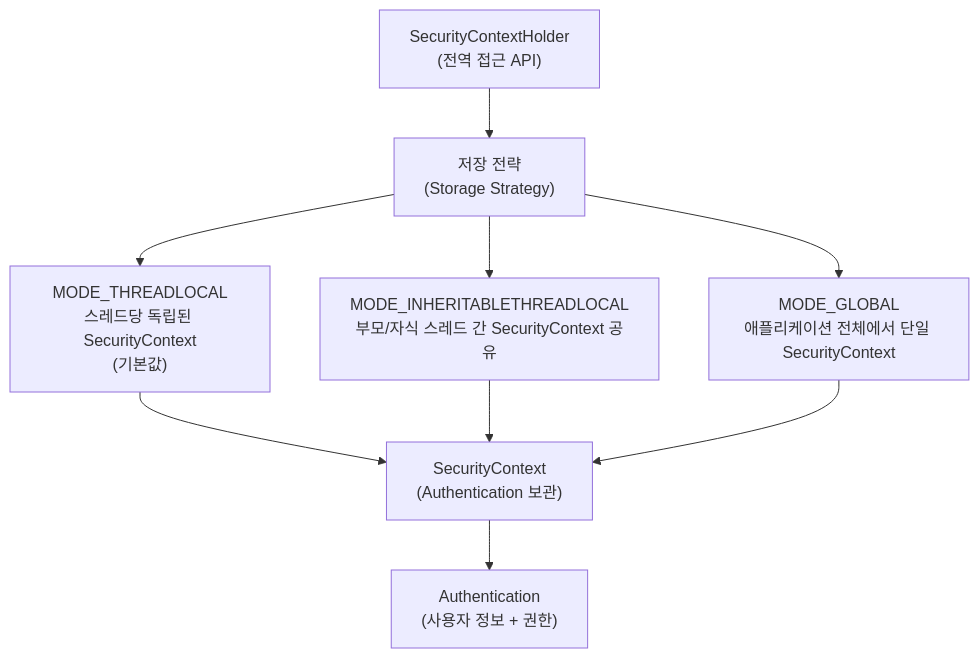
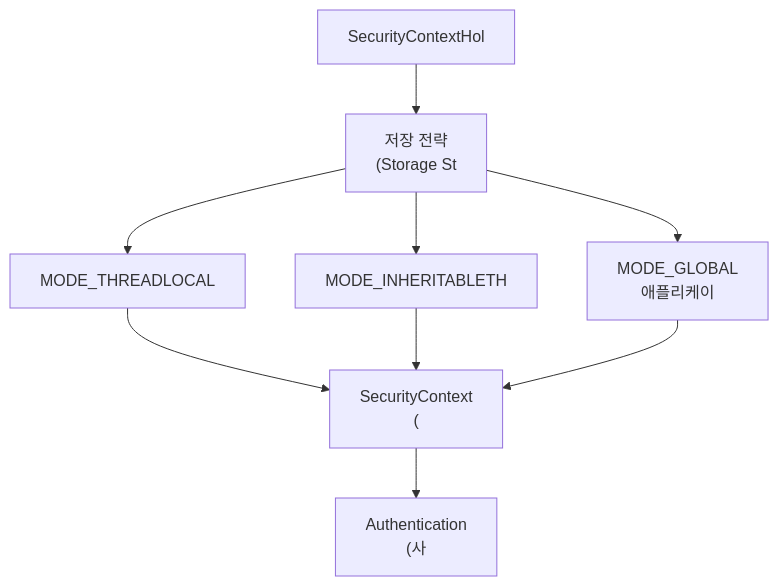
One commit to yjkim2015/yjkim2015.github.io changed the first of 2 diagrams in _posts/security/2021-05-25-SecurityContextHolder, SecurityContext.md. Above: the diagram before and after it, drawn with Mermaid. The commit also changed 271 other files, not shown here.

First line of the commit message:
Mermaid 라벨 축소: 긴 노드 텍스트 18자 이하로 트림 + \n 제거

````diff
--- a/_posts/security/2021-05-25-SecurityContextHolder, SecurityContext.md
+++ b/_posts/security/2021-05-25-SecurityContextHolder, SecurityContext.md
@@ -20,11 +20,11 @@
 ```mermaid
 flowchart TD
-    A["SecurityContextHolder\n(전역 접근 API)"] --> B["저장 전략\n(Storage Strategy)"]
-    B --> C["MODE_THREADLOCAL\n스레드당 독립된 SecurityContext\n(기본값)"]
-    B --> D["MODE_INHERITABLETHREADLOCAL\n부모/자식 스레드 간 SecurityContext 공유"]
-    B --> E["MODE_GLOBAL\n애플리케이션 전체에서 단일 SecurityContext"]
-    C --> F["SecurityContext\n(Authentication 보관)"]
+    A["SecurityContextHol"] --> B["저장 전략\n(Storage St"]
+    B --> C["MODE_THREADLOCAL\n"]
+    B --> D["MODE_INHERITABLETH"]
+    B --> E["MODE_GLOBAL\n애플리케이"]
+    C --> F["SecurityContext\n("]
     D --> F
     E --> F
-    F --> G["Authentication\n(사용자 정보 + 권한)"]
+    F --> G["Authentication\n(사"]
 ```
````
